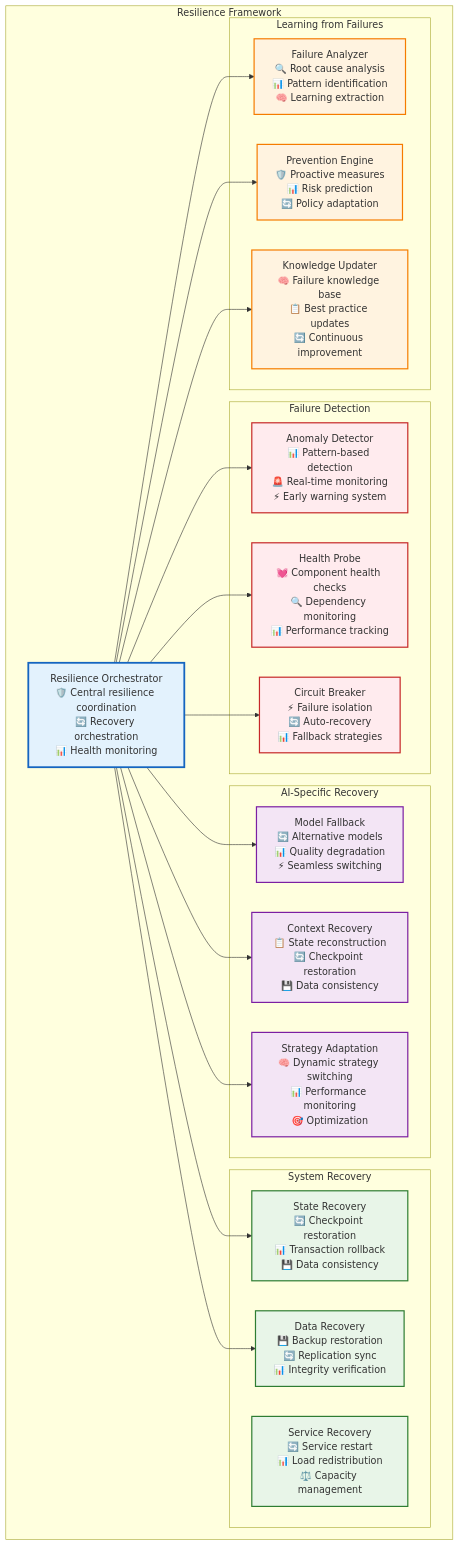
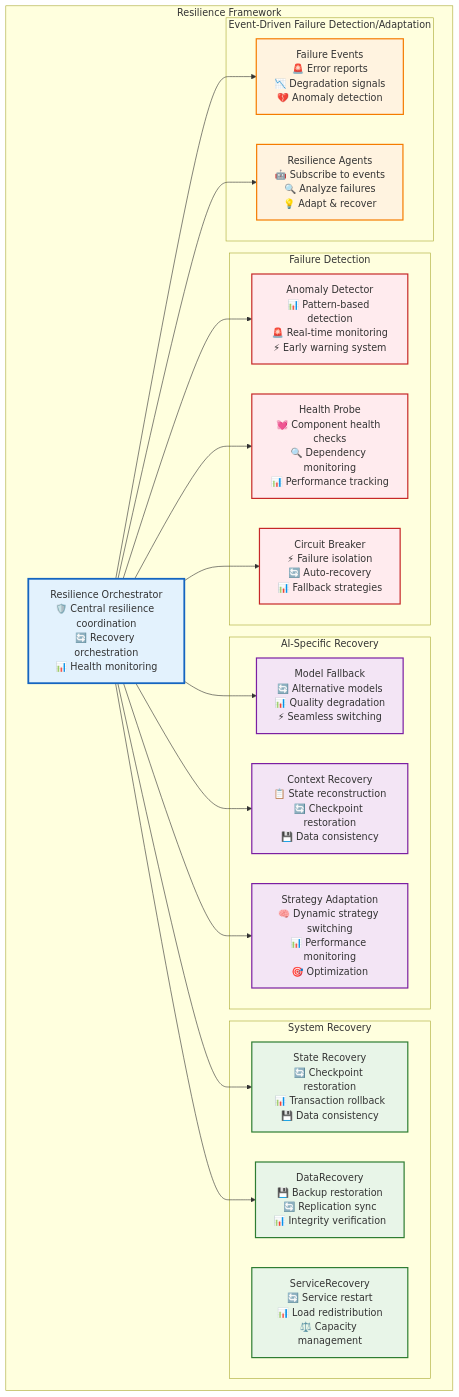
One commit to Vrooli/Vrooli changed diagram 45 of 49 in docs/ai-execution-architecture.md. Above: the diagram before and after it, drawn with Mermaid. The commit also changed other lines of this file, not shown here.

Commit message:
Execution architecture p9

````diff
--- a/docs/ai-execution-architecture.md
+++ b/docs/ai-execution-architecture.md
@@ -3256,54 +3364,52 @@
 ```mermaid
 graph TB
     subgraph "Resilience Framework"
         ResilienceOrchestrator[Resilience Orchestrator<br/>🛡️ Central resilience coordination<br/>🔄 Recovery orchestration<br/>📊 Health monitoring]
         
         subgraph "Failure Detection"
             AnomalyDetector[Anomaly Detector<br/>📊 Pattern-based detection<br/>🚨 Real-time monitoring<br/>⚡ Early warning system]
             HealthProbe[Health Probe<br/>💓 Component health checks<br/>🔍 Dependency monitoring<br/>📊 Performance tracking]
             CircuitBreaker[Circuit Breaker<br/>⚡ Failure isolation<br/>🔄 Auto-recovery<br/>📊 Fallback strategies]
         end
         
         subgraph "AI-Specific Recovery"
             ModelFallback[Model Fallback<br/>🔄 Alternative models<br/>📊 Quality degradation<br/>⚡ Seamless switching]
             ContextRecovery[Context Recovery<br/>📋 State reconstruction<br/>🔄 Checkpoint restoration<br/>💾 Data consistency]
             StrategyAdaptation[Strategy Adaptation<br/>🧠 Dynamic strategy switching<br/>📊 Performance monitoring<br/>🎯 Optimization]
         end
         
         subgraph "System Recovery"
             StateRecovery[State Recovery<br/>🔄 Checkpoint restoration<br/>📊 Transaction rollback<br/>💾 Data consistency]
-            ServiceRecovery[Service Recovery<br/>🔄 Service restart<br/>📊 Load redistribution<br/>⚖️ Capacity management]
-            DataRecovery[Data Recovery<br/>💾 Backup restoration<br/>🔄 Replication sync<br/>📊 Integrity verification]
+            ServiceRecovery[ServiceRecovery<br/>🔄 Service restart<br/>📊 Load redistribution<br/>⚖️ Capacity management]
+            DataRecovery[DataRecovery<br/>💾 Backup restoration<br/>🔄 Replication sync<br/>📊 Integrity verification]
         end
         
-        subgraph "Learning from Failures"
-            FailureAnalyzer[Failure Analyzer<br/>🔍 Root cause analysis<br/>📊 Pattern identification<br/>🧠 Learning extraction]
-            PreventionEngine[Prevention Engine<br/>🛡️ Proactive measures<br/>📊 Risk prediction<br/>🔄 Policy adaptation]
-            KnowledgeUpdater[Knowledge Updater<br/>🧠 Failure knowledge base<br/>📋 Best practice updates<br/>🔄 Continuous improvement]
+        subgraph "Event-Driven Failure Detection/Adaptation"
+            FailureEvents[Failure Events<br/>🚨 Error reports<br/>📉 Degradation signals<br/>💔 Anomaly detection]
+            ResilienceAgents[Resilience Agents<br/>🤖 Subscribe to events<br/>🔍 Analyze failures<br/>💡 Adapt & recover]
         end
     end
     
     ResilienceOrchestrator --> AnomalyDetector
     ResilienceOrchestrator --> HealthProbe
     ResilienceOrchestrator --> CircuitBreaker
     ResilienceOrchestrator --> ModelFallback
     ResilienceOrchestrator --> ContextRecovery
     ResilienceOrchestrator --> StrategyAdaptation
     ResilienceOrchestrator --> StateRecovery
     ResilienceOrchestrator --> DataRecovery
-    ResilienceOrchestrator --> FailureAnalyzer
-    ResilienceOrchestrator --> PreventionEngine
-    ResilienceOrchestrator --> KnowledgeUpdater
+    ResilienceOrchestrator --> FailureEvents
+    ResilienceOrchestrator --> ResilienceAgents
     
     classDef orchestrator fill:#e3f2fd,stroke:#1565c0,stroke-width:3px
     classDef detection fill:#ffebee,stroke:#c62828,stroke-width:2px
     classDef aiRecovery fill:#f3e5f5,stroke:#7b1fa2,stroke-width:2px
     classDef systemRecovery fill:#e8f5e8,stroke:#2e7d32,stroke-width:2px
     classDef learning fill:#fff3e0,stroke:#f57c00,stroke-width:2px
     
     class ResilienceOrchestrator orchestrator
     class AnomalyDetector,HealthProbe,CircuitBreaker detection
     class ModelFallback,ContextRecovery,StrategyAdaptation aiRecovery
     class StateRecovery,ServiceRecovery,DataRecovery systemRecovery
-    class FailureAnalyzer,PreventionEngine,KnowledgeUpdater learning
+    class FailureEvents,ResilienceAgents learning
 ```
````
